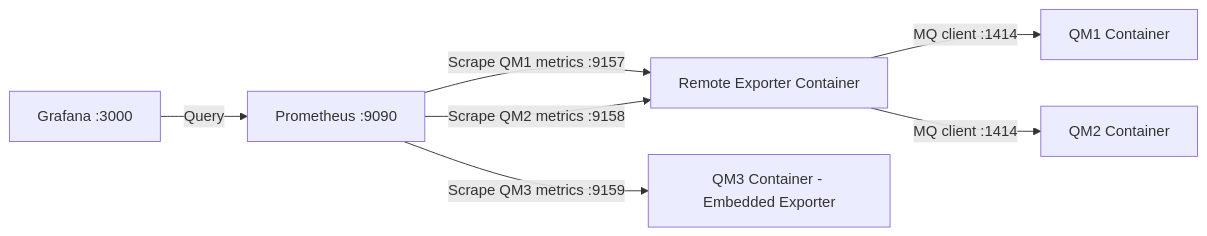
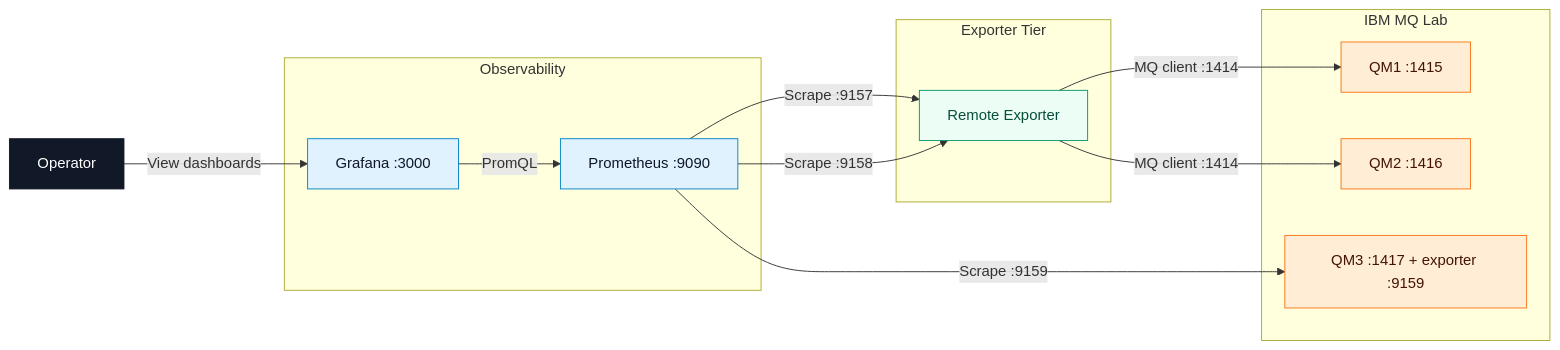
The diagram in README.md (aztekmq/ibmmq_metrics_exporter), drawn with Mermaid before and after one commit.

Commit message:
Checkpoint current mq exporter implementation state

````diff
--- a/README.md
+++ b/README.md
@@ -38,18 +38,40 @@
 ```mermaid
 flowchart LR
-    G["Grafana :3000"]
-    P["Prometheus :9090"]
-    E["Remote Exporter Container"]
-    Q1["QM1 Container"]
-    Q2["QM2 Container"]
-    Q3["QM3 Container - Embedded Exporter"]
+    User["Operator"]
 
-    G -->|Query| P
+    subgraph Observe["Observability"]
+        G["Grafana :3000"]
+        P["Prometheus :9090"]
+    end
 
-    P -->|Scrape QM1 metrics :9157| E
-    P -->|Scrape QM2 metrics :9158| E
-    P -->|Scrape QM3 metrics :9159| Q3
+    subgraph Exporters["Exporter Tier"]
+        E["Remote Exporter"]
+    end
+
+    subgraph MQ["IBM MQ Lab"]
+        Q1["QM1 :1415"]
+        Q2["QM2 :1416"]
+        Q3["QM3 :1417 + exporter :9159"]
+    end
+
+    User -->|View dashboards| G
+    G -->|PromQL| P
+
+    P -->|Scrape :9157| E
+    P -->|Scrape :9158| E
+    P -->|Scrape :9159| Q3
 
     E -->|MQ client :1414| Q1
     E -->|MQ client :1414| Q2
+
+    classDef user fill:#111827,stroke:#111827,color:#ffffff
+    classDef observe fill:#e0f2fe,stroke:#0284c7,color:#0f172a
+    classDef exporter fill:#ecfdf5,stroke:#059669,color:#064e3b
+    classDef mq fill:#fff7ed,stroke:#ea580c,color:#431407
+    classDef qmgr fill:#ffedd5,stroke:#f97316,color:#431407
+
+    class User user
+    class G,P observe
+    class E exporter
+    class Q1,Q2,Q3 qmgr
 ```
````
